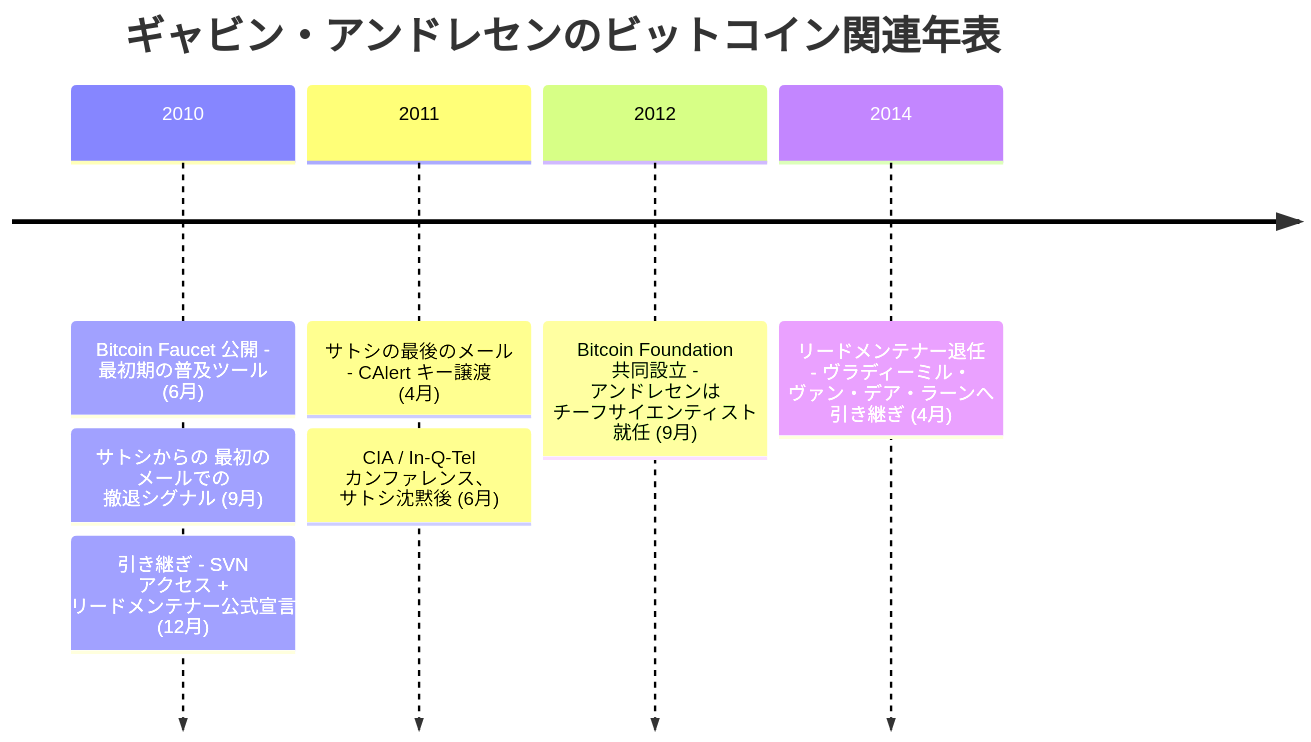
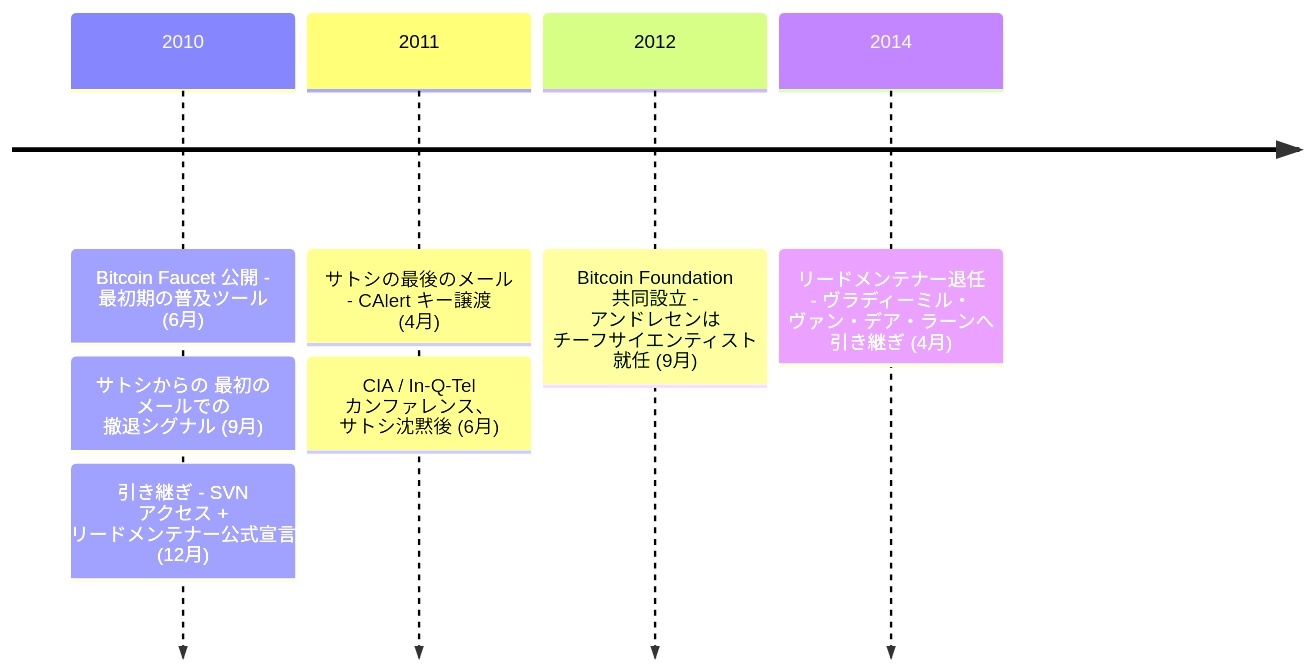
Before and after one commit to cypher256/BitcoinArchive: the diagram in src/data/translations/ja/aftermath/2010-06-11-gavin-andresen-biography.md, drawn with Mermaid. The commit also changed other lines of this file and 50 other files, not shown here.

````diff
--- a/src/data/translations/ja/aftermath/2010-06-11-gavin-andresen-biography.md
+++ b/src/data/translations/ja/aftermath/2010-06-11-gavin-andresen-biography.md
@@ -59,11 +61,10 @@
 ```mermaid
 timeline
-    title ギャビン・アンドレセンのビットコイン関連年表
     2010 : Bitcoin Faucet 公開 - 最初期の普及ツール (6月)
          : サトシからの 最初の メールでの 撤退シグナル (9月)
          : 引き継ぎ - SVN アクセス + リードメンテナー公式宣言 (12月)
     2011 : サトシの最後のメール - CAlert キー譲渡 (4月)
          : CIA / In-Q-Tel カンファレンス、 サトシ沈黙後 (6月)
     2012 : Bitcoin Foundation 共同設立 - アンドレセンは チーフサイエンティスト 就任 (9月)
     2014 : リードメンテナー退任 - ヴラディーミル・ ヴァン・デア・ラーンへ 引き継ぎ (4月)
 ```
````
